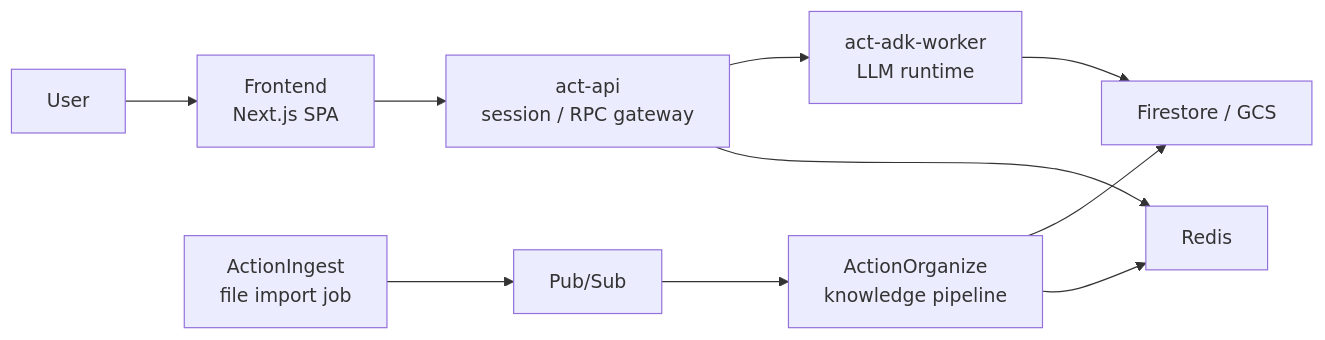
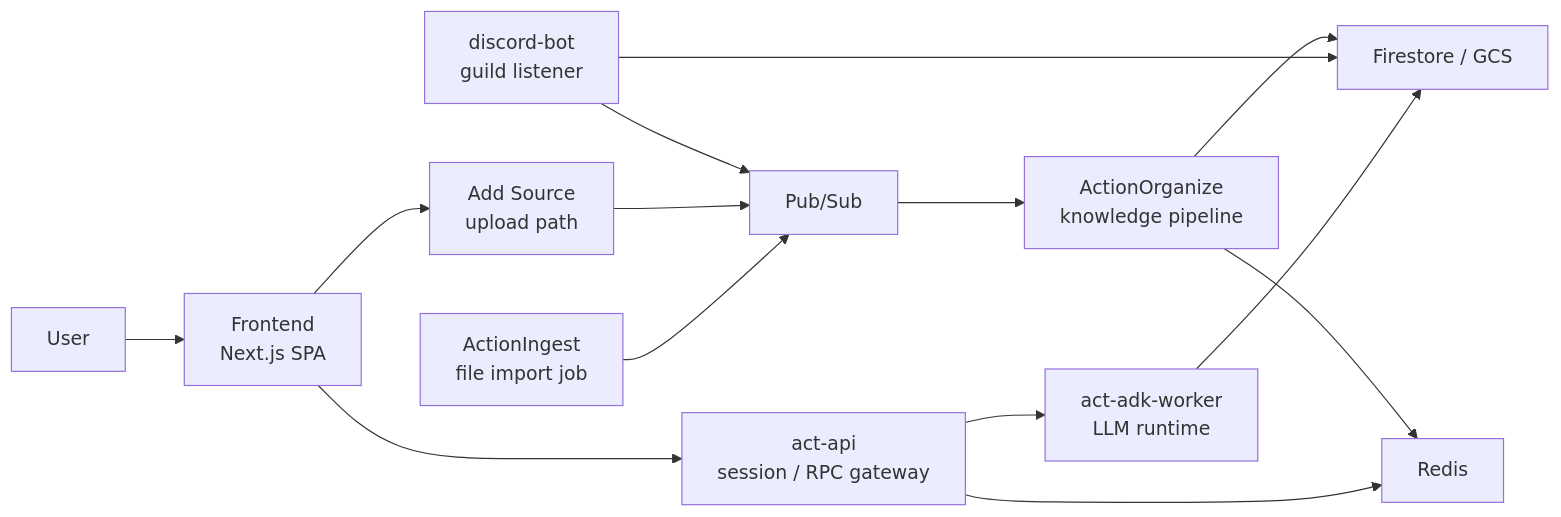
Before and after one commit to Keyhole-Koro/Action: the diagram in docs/overview.md, drawn with Mermaid. The commit also changed other lines of this file and 22 other files, not shown here.

First line of the commit message:
feat: Integrate Discord bot for message handling and workspace connection

````diff
--- a/docs/overview.md
+++ b/docs/overview.md
@@ -23,23 +25,29 @@
 ```mermaid
 flowchart LR
     User["User"]
     Frontend["Frontend<br/>Next.js SPA"]
     ActAPI["act-api<br/>session / RPC gateway"]
     Worker["act-adk-worker<br/>LLM runtime"]
     Ingest["ActionIngest<br/>file import job"]
+    Upload["Add Source<br/>upload path"]
     Organize["ActionOrganize<br/>knowledge pipeline"]
+    Discord["discord-bot<br/>guild listener"]
     Store["Firestore / GCS"]
     Redis["Redis"]
     PubSub["Pub/Sub"]
 
     User --> Frontend
     Frontend --> ActAPI
     ActAPI --> Worker
     Worker --> Store
     ActAPI --> Redis
 
     Ingest --> PubSub
+    Frontend --> Upload
+    Upload --> PubSub
+    Discord --> PubSub
+    Discord --> Store
     PubSub --> Organize
     Organize --> Store
     Organize --> Redis
 ```
````
